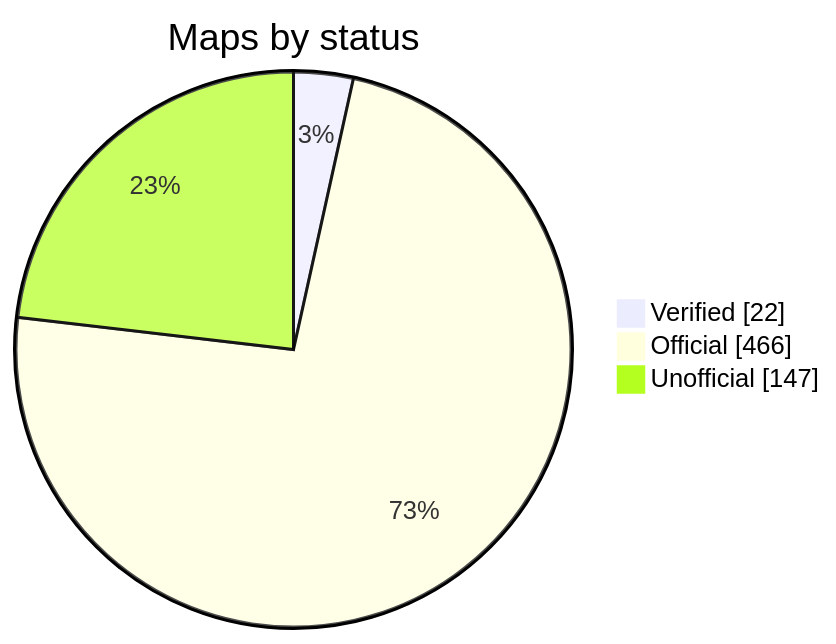
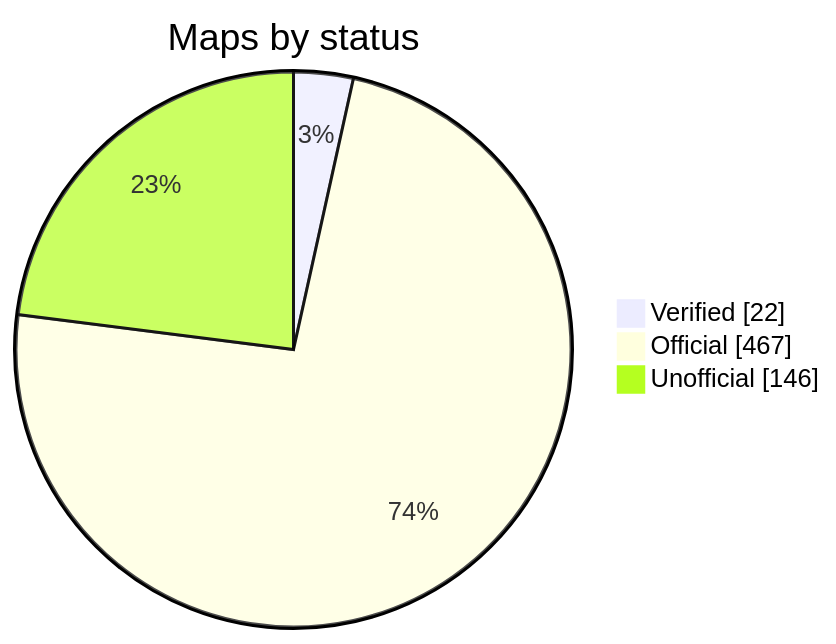
Before and after one commit to nobrega8/mbmap-library: the diagram in README.md, drawn with Mermaid. The commit also changed 6 other files, not shown here.

````diff
--- a/README.md
+++ b/README.md
@@ -52,7 +52,7 @@
 ```mermaid
 pie showData
     title Maps by status
     "Verified" : 22
-    "Official" : 466
-    "Unofficial" : 147
+    "Official" : 467
+    "Unofficial" : 146
 ```
````
